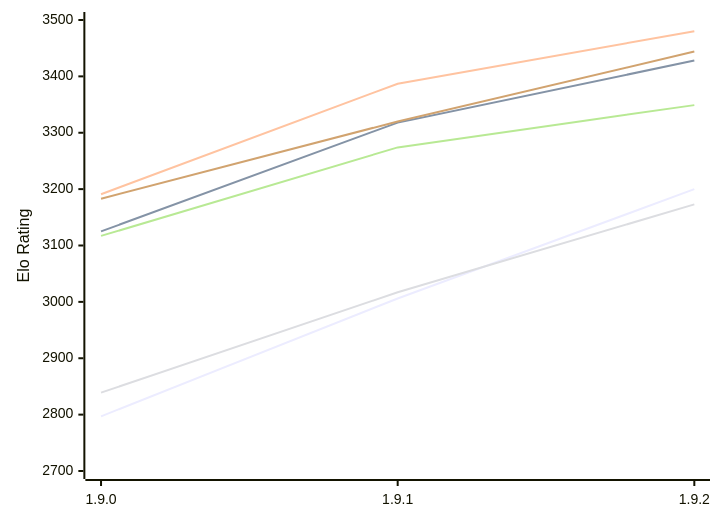
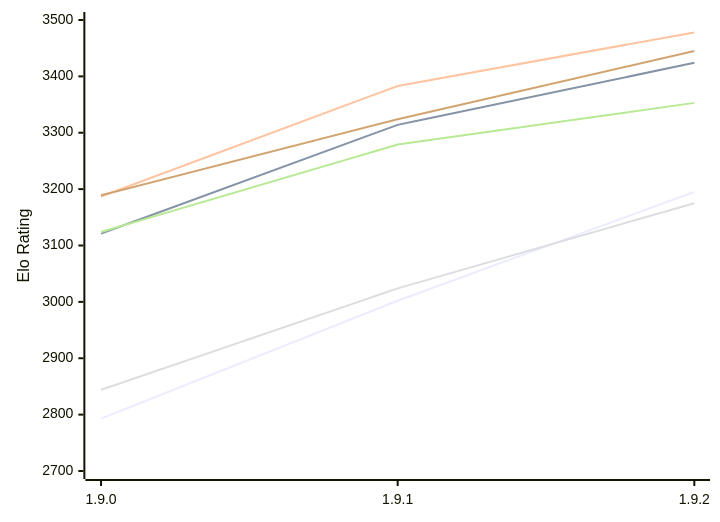
Before and after one commit to computer-chess-index/cci: the diagram in engines/Superpawn.md, drawn with Mermaid. The commit also changed other lines of this file, not shown here.

Commit message:
Update CCI Ratings (ELO VLTC) - 2026-11-21

````diff
--- a/engines/Superpawn.md
+++ b/engines/Superpawn.md
@@ -51,12 +51,12 @@
 ```mermaid
 %%{init: {"theme":"base","themeVariables":{"seriesColors:['#a3a3a3','#222221','#faa371']}}}%%
 xychart-beta
   x-axis ["1.9.0", "1.9.1", "1.9.2"]
   y-axis "Elo Rating" 2700 --> 3500
-  line "E1: STC (8.0+0.08s)" [2797, 3006, 3200]
-  line "E1: LTC (60.0+0.60s)" [3125, 3318, 3428]
-  line "E1: VLTC (2m24s+1.12s)" [3191, 3387, 3480]
-  line "P1: STC (8.0+0.08s)" [2839, 3017, 3173]
-  line "P1: LTC (60.0+0.60s)" [3117, 3274, 3349]
-  line "P1: VLTC (2m24s+1.12s)" [3183, 3320, 3444]
+  line "E1: STC (8.0+0.08s)" [2793, 3002, 3195]
+  line "E1: LTC (60.0+0.60s)" [3121, 3314, 3424]
+  line "E1: VLTC (2m24s+1.12s)" [3187, 3383, 3478]
+  line "P1: STC (8.0+0.08s)" [2844, 3024, 3175]
+  line "P1: LTC (60.0+0.60s)" [3124, 3279, 3353]
+  line "P1: VLTC (2m24s+1.12s)" [3189, 3324, 3445]
 ```
````
